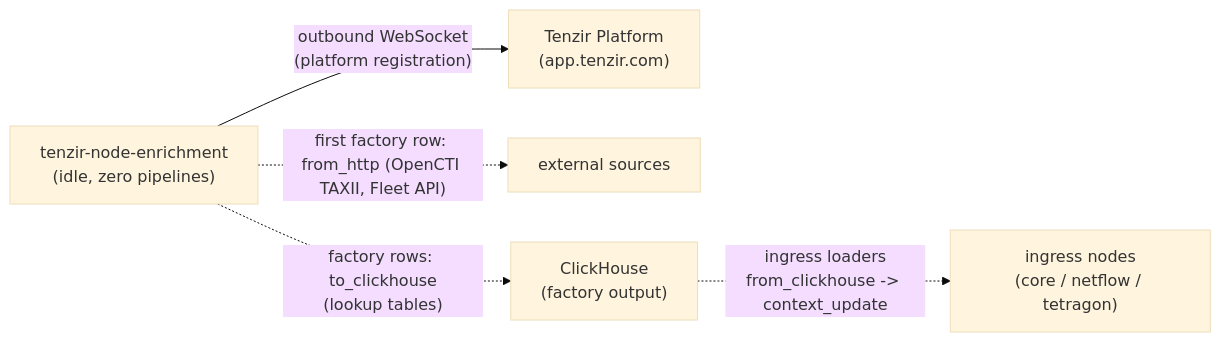
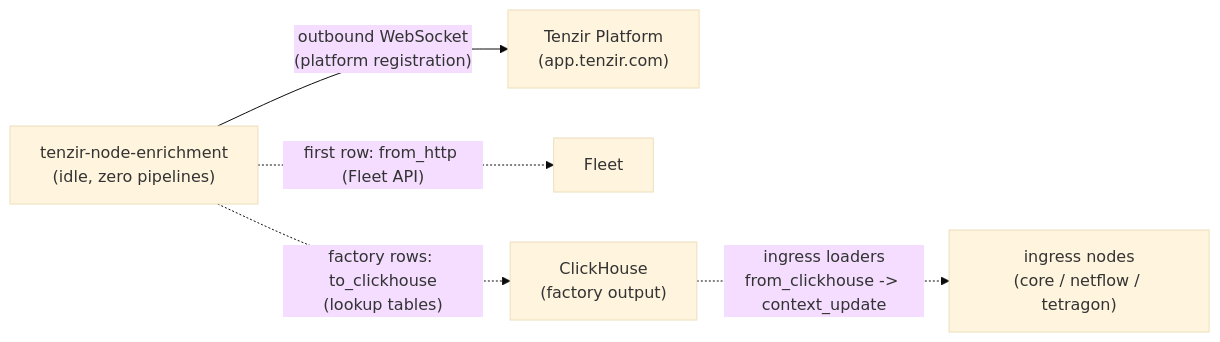
Before and after one commit to Apocrathia/homelab: the diagram in flux/manifests/04-apps/security/tenzir/nodes/enrichment/README.md, drawn with Mermaid (base theme). The commit also changed other lines of this file and 48 other files, not shown here.

First line of the commit message:
feat(tenzir): run the CTI factory on the new intel node at 6.20.0-rc.3

````diff
--- a/flux/manifests/04-apps/security/tenzir/nodes/enrichment/README.md
+++ b/flux/manifests/04-apps/security/tenzir/nodes/enrichment/README.md
@@ -73,7 +65,7 @@
 ```mermaid
 flowchart LR
     EN["tenzir-node-enrichment<br/>(idle, zero pipelines)"] -->|"outbound WebSocket<br/>(platform registration)"| PLAT["Tenzir Platform<br/>(app.tenzir.com)"]
-    EN -.->|"first factory row: from_http (OpenCTI TAXII, Fleet API)"| SRC["external sources"]
+    EN -.->|"first row: from_http (Fleet API)"| FLEET["Fleet"]
     EN -.->|"factory rows: to_clickhouse<br/>(lookup tables)"| CH["ClickHouse<br/>(factory output)"]
     CH -.->|"ingress loaders<br/>from_clickhouse -> context_update"| ING["ingress nodes<br/>(core / netflow / tetragon)"]
 ```
````
